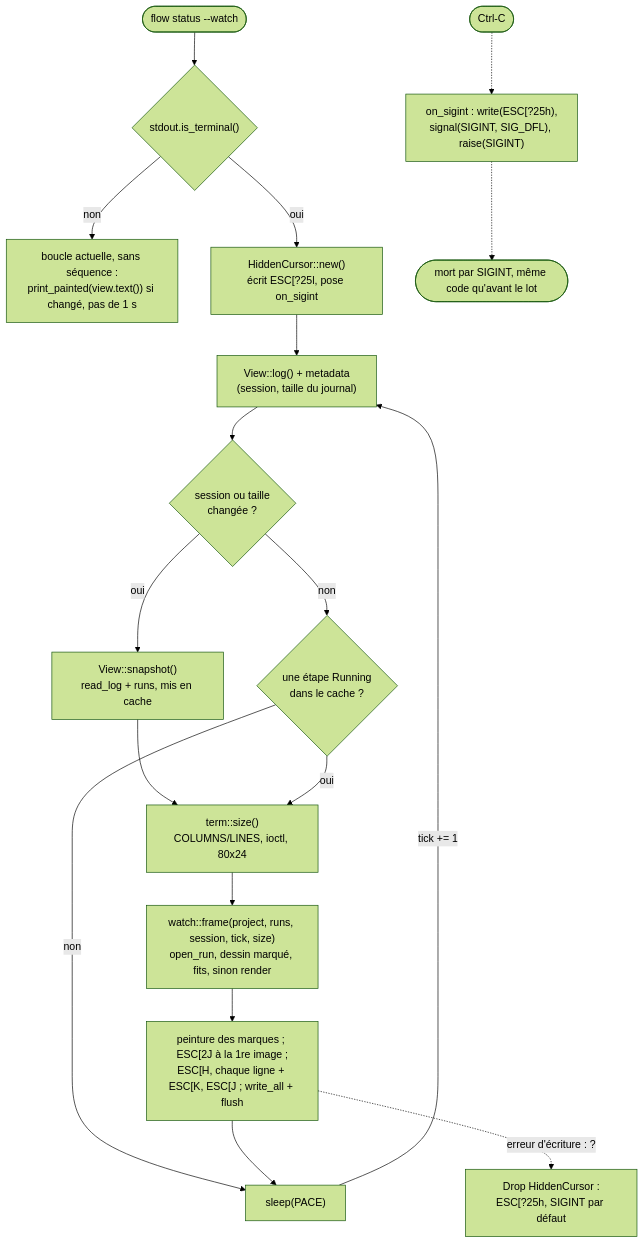
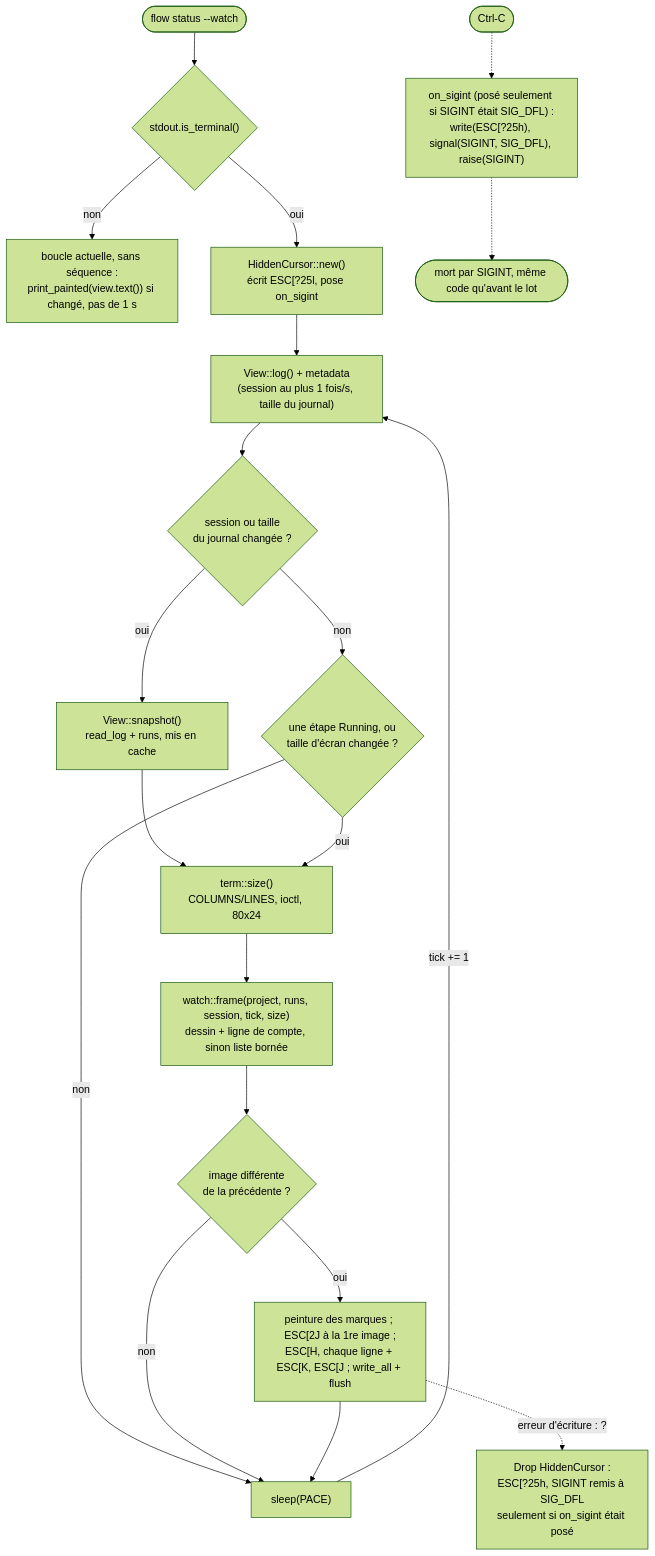
One commit to Dr0drigues/armadai changed the second of 2 diagrams in docs/superpowers/plans/2026-11-09-flow-status-watch-animated.md. Above: the diagram before and after it, drawn with Mermaid (forest theme). The commit also changed other lines of this file, not shown here.

Commit message:
docs(plan): task 6 of the watch, bounded image and an ignored SIGINT

````diff
--- a/docs/superpowers/plans/2026-11-09-flow-status-watch-animated.md
+++ b/docs/superpowers/plans/2026-11-09-flow-status-watch-animated.md
@@ -42,20 +42,22 @@
 ```mermaid
 flowchart TD
   A(["flow status --watch"]) --> B{"stdout.is_terminal()"}
   B -->|"non"| P["boucle actuelle, sans séquence :<br/>print_painted(view.text()) si changé, pas de 1 s"]
   B -->|"oui"| C["HiddenCursor::new()<br/>écrit ESC[?25l, pose on_sigint"]
-  C --> D["View::log() + metadata<br/>(session, taille du journal)"]
-  D --> E{"session ou taille<br/>changée ?"}
+  C --> D["View::log() + metadata<br/>(session au plus 1 fois/s, taille du journal)"]
+  D --> E{"session ou taille<br/>du journal changée ?"}
   E -->|"oui"| F["View::snapshot()<br/>read_log + runs, mis en cache"]
-  E -->|"non"| G{"une étape Running<br/>dans le cache ?"}
+  E -->|"non"| G{"une étape Running, ou<br/>taille d'écran changée ?"}
   F --> H
   G -->|"non"| S["sleep(PACE)"]
   G -->|"oui"| H["term::size()<br/>COLUMNS/LINES, ioctl, 80x24"]
-  H --> I["watch::frame(project, runs, session, tick, size)<br/>open_run, dessin marqué, fits, sinon render"]
-  I --> J["peinture des marques ; ESC[2J à la 1re image ;<br/>ESC[H, chaque ligne + ESC[K, ESC[J ; write_all + flush"]
+  H --> I["watch::frame(project, runs, session, tick, size)<br/>dessin + ligne de compte, sinon liste bornée"]
+  I --> Q{"image différente<br/>de la précédente ?"}
+  Q -->|"non"| S
+  Q -->|"oui"| J["peinture des marques ; ESC[2J à la 1re image ;<br/>ESC[H, chaque ligne + ESC[K, ESC[J ; write_all + flush"]
   J --> S
   S -->|"tick += 1"| D
-  J -.->|"erreur d'écriture : ?"| K["Drop HiddenCursor :<br/>ESC[?25h, SIGINT par défaut"]
-  X(["Ctrl-C"]) -.-> L["on_sigint : write(ESC[?25h),<br/>signal(SIGINT, SIG_DFL), raise(SIGINT)"]
+  J -.->|"erreur d'écriture : ?"| K["Drop HiddenCursor :<br/>ESC[?25h, SIGINT remis à SIG_DFL<br/>seulement si on_sigint était posé"]
+  X(["Ctrl-C"]) -.-> L["on_sigint (posé seulement si SIGINT était SIG_DFL) :<br/>write(ESC[?25h), signal(SIGINT, SIG_DFL), raise(SIGINT)"]
   L -.-> M(["mort par SIGINT, même code qu'avant le lot"])
 ```
````
